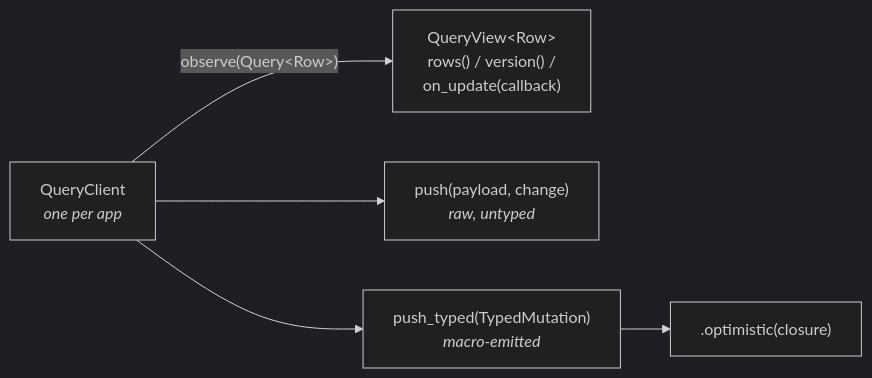
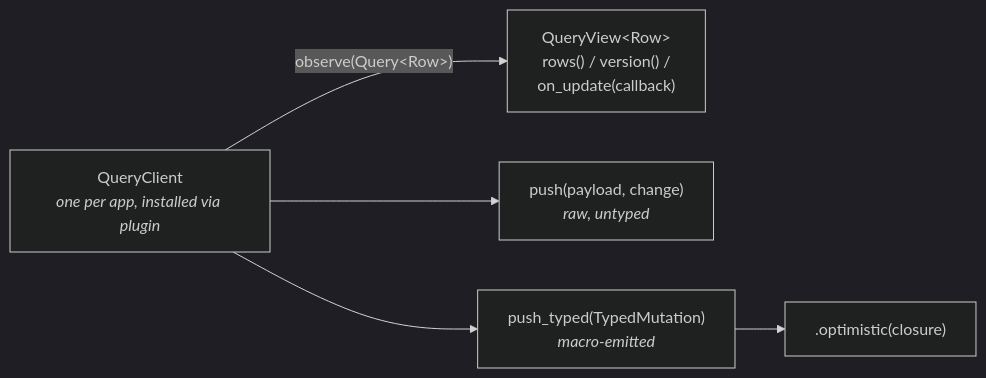
The first of 3 diagrams in docs/sync-client.md (mambisi/pocopine), drawn with Mermaid (dark theme) before and after one commit. The commit also changed other lines of this file and 2 other files, not shown here.

First line of the commit message:
docs: use real pocopine component + plugin patterns

````diff
--- a/docs/sync-client.md
+++ b/docs/sync-client.md
@@ -6,13 +6,13 @@
 ```mermaid
 flowchart LR
-    Client["QueryClient<br/><i>one per app</i>"]
+    Client["QueryClient<br/><i>one per app, installed via plugin</i>"]
     View["QueryView&lt;Row&gt;<br/>rows() / version() /<br/>on_update(callback)"]
     Raw["push(payload, change)<br/><i>raw, untyped</i>"]
     Typed["push_typed(TypedMutation)<br/><i>macro-emitted</i>"]
     Opt[".optimistic(closure)"]
 
     Client -- "observe(Query&lt;Row&gt;)" --> View
     Client --> Raw
     Client --> Typed
     Typed --> Opt
 ```
````
